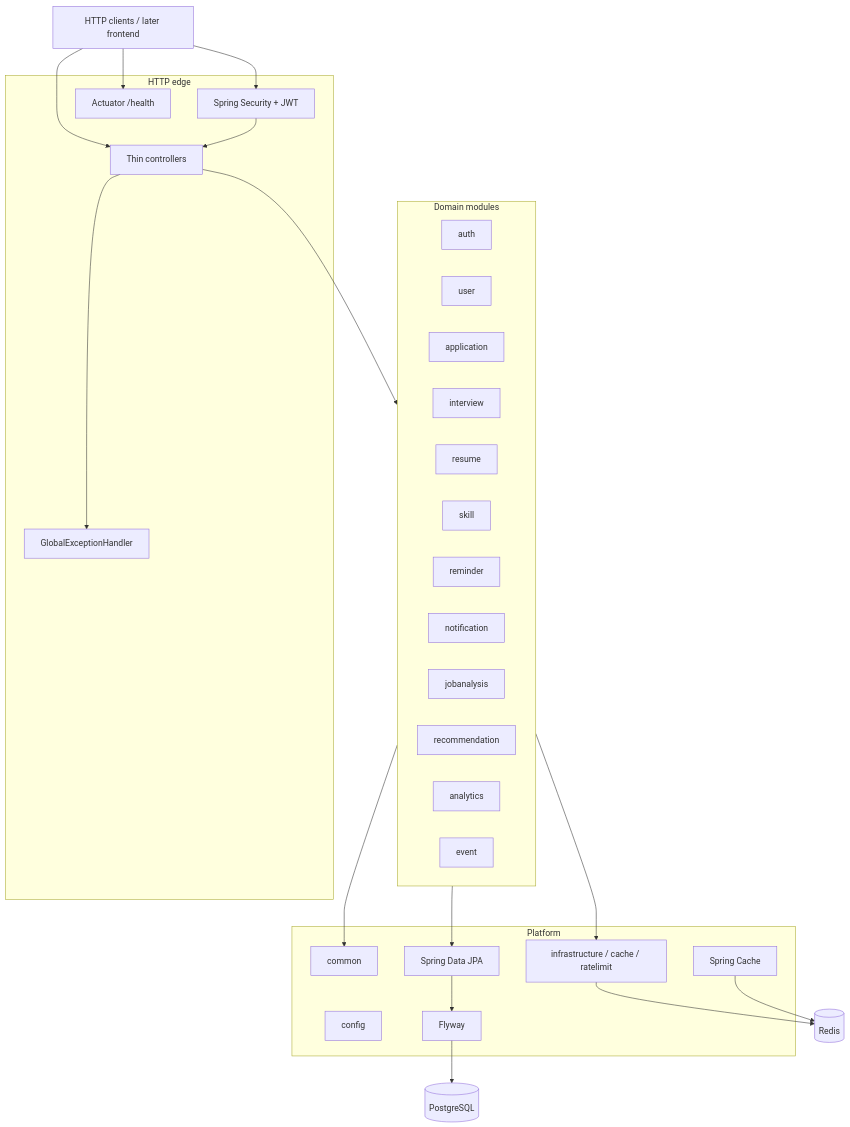
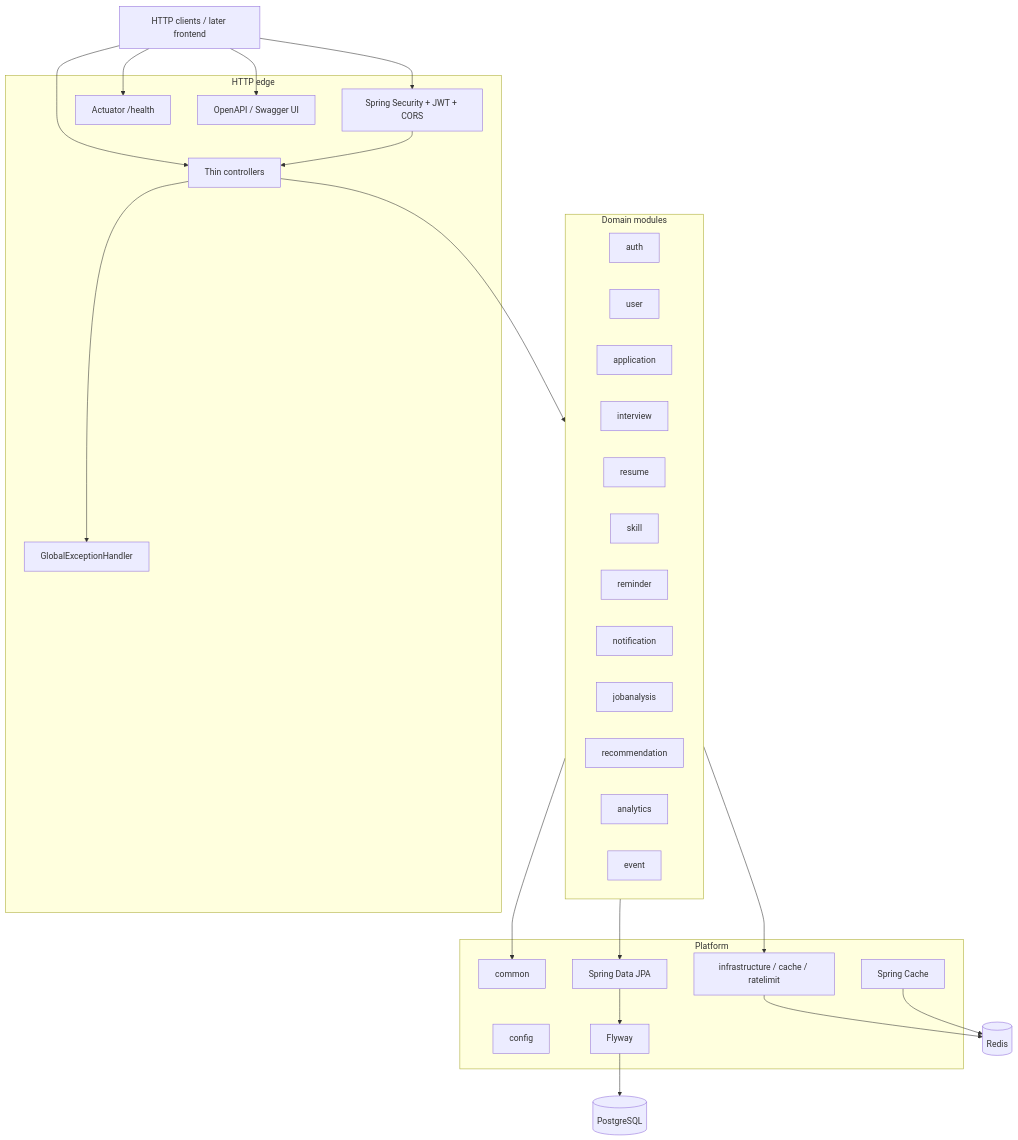
The diagram in README.md (parth1010444/jobpilot-backend), drawn with Mermaid before and after one commit. The commit also changed other lines of this file and 23 other files, not shown here.

First line of the commit message:
Add Phase 13 hardening: CI, CORS, OpenAPI, and actuator lockdown.

````diff
--- a/README.md
+++ b/README.md
@@ -11,48 +13,50 @@
 ```mermaid
 flowchart TB
   client[HTTP clients / later frontend]
   subgraph api [HTTP edge]
     controllers[Thin controllers]
-    security[Spring Security + JWT]
+    security[Spring Security + JWT + CORS]
     advice[GlobalExceptionHandler]
     actuator[Actuator /health]
+    openapi[OpenAPI / Swagger UI]
   end
   subgraph modules [Domain modules]
     auth[auth]
     user[user]
     application[application]
     interview[interview]
     resume[resume]
     skill[skill]
     reminder[reminder]
     notification[notification]
     jobanalysis[jobanalysis]
     recommendation[recommendation]
     analytics[analytics]
     event[event]
   end
   subgraph platform [Platform]
     common[common]
     config[config]
     infra[infrastructure / cache / ratelimit]
     jpa[Spring Data JPA]
     flyway[Flyway]
     rediscache[Spring Cache]
   end
   pg[(PostgreSQL)]
   redis[(Redis)]
 
   client --> controllers
   client --> actuator
+  client --> openapi
   client --> security
   security --> controllers
   controllers --> modules
   controllers --> advice
   modules --> common
   modules --> infra
   modules --> jpa
   jpa --> flyway
   flyway --> pg
   infra --> redis
   rediscache --> redis
 ```
````
